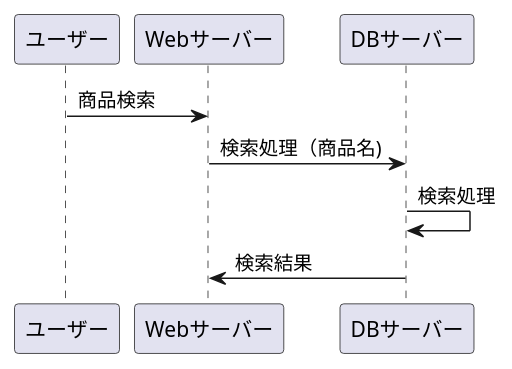
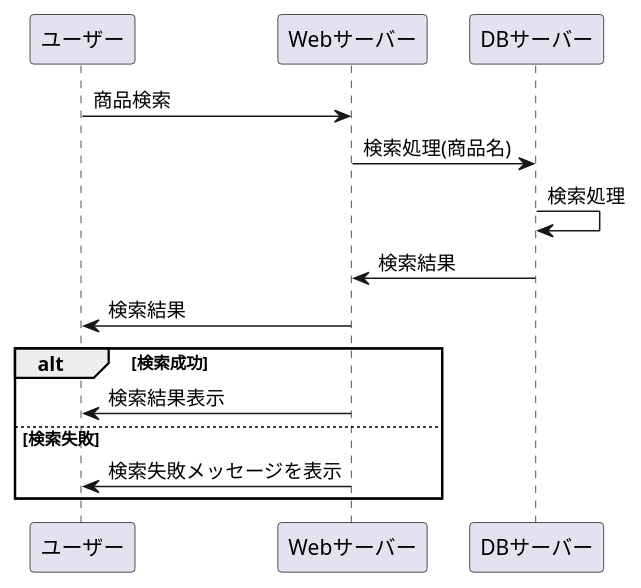
One commit to Aso2001388/2021sys-design changed the diagram in 第8回授業/syouhinnkensaku.md. Above: the diagram before and after it, drawn with PlantUML.

````diff
--- a/第8回授業/syouhinnkensaku.md
+++ b/第8回授業/syouhinnkensaku.md
@@ -1,11 +1,15 @@
 ```uml
 @startuml
 ユーザー->Webサーバー:商品検索
-Webサーバー->DBサーバー:検索処理（商品名)
+Webサーバー->DBサーバー:検索処理(商品名)
 DBサーバー->DBサーバー:検索処理
 DBサーバー->Webサーバー:検索結果
-
-
+Webサーバー->ユーザー:検索結果
+alt 検索成功
+Webサーバー->ユーザー:検索結果表示
+else 検索失敗
+Webサーバー->ユーザー:検索失敗メッセージを表示
+end
 @enduml
 
 ```
````
